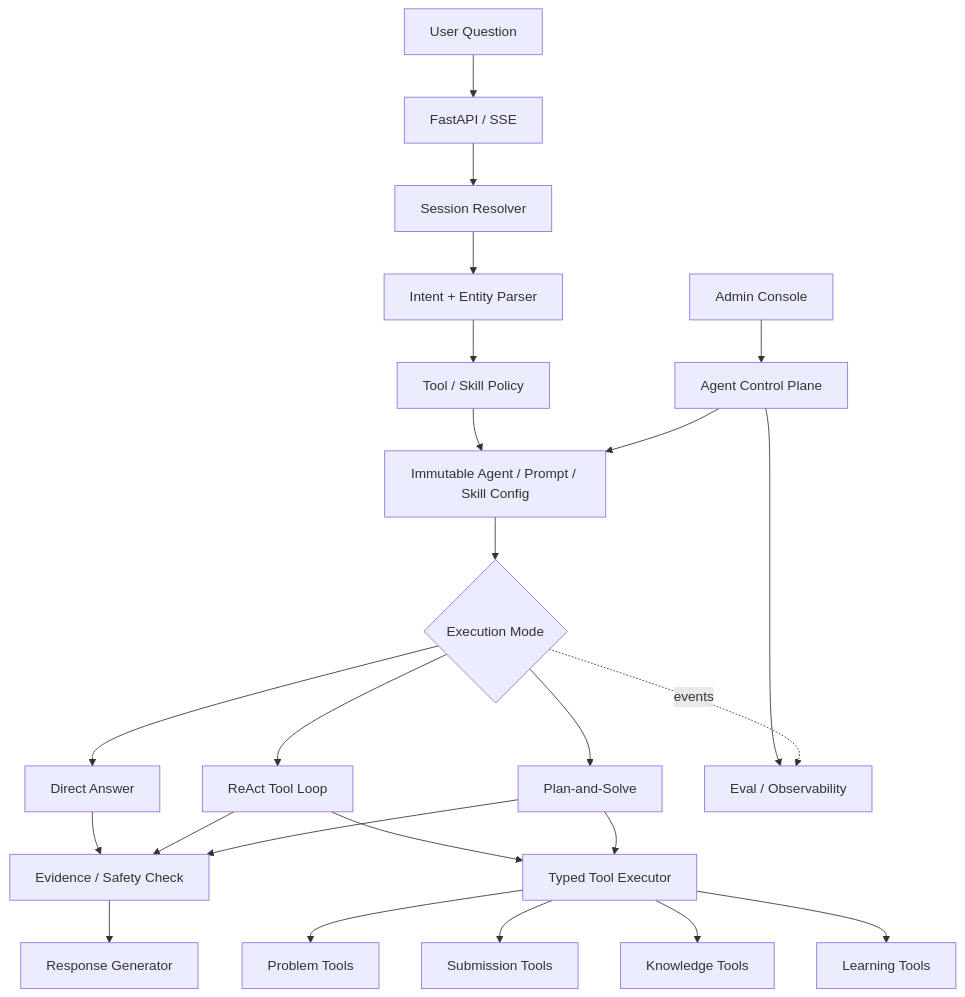
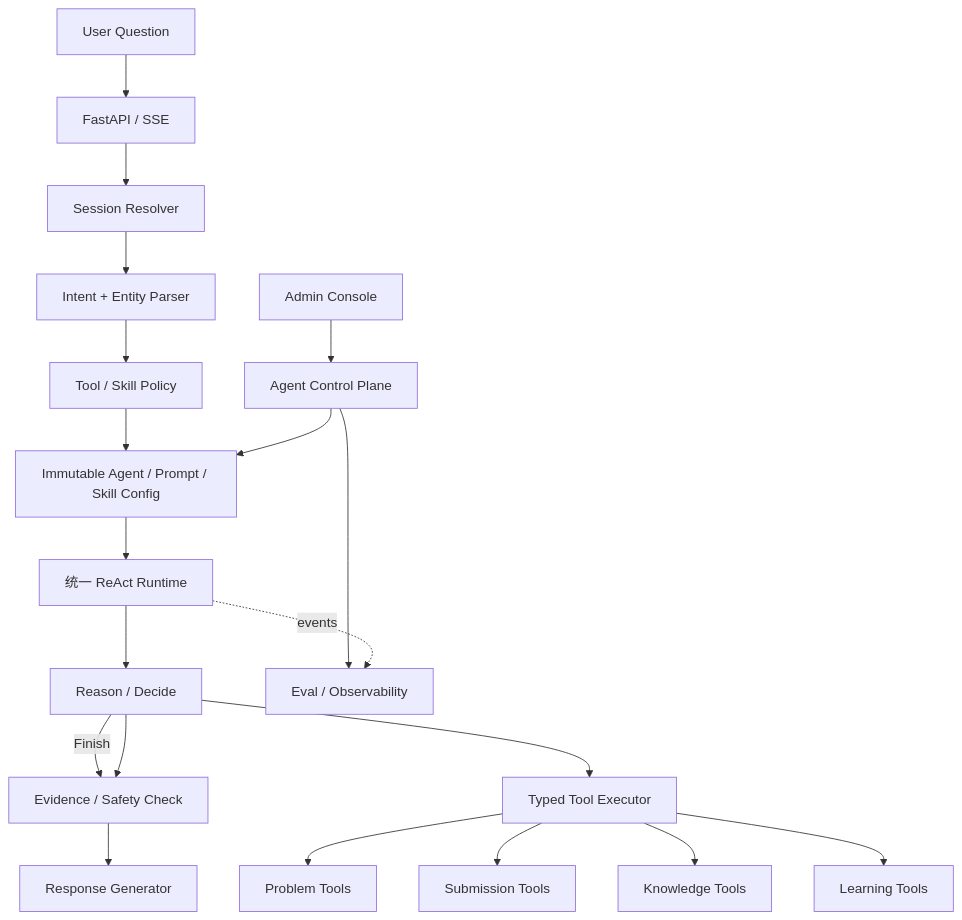
Before and after one commit to viggggil/go_oj_agent: the third of 6 diagrams in docs/architecture.md, drawn with Mermaid. The commit also changed other lines of this file and 43 other files, not shown here.

````diff
--- a/docs/architecture.md
+++ b/docs/architecture.md
@@ -549,29 +549,25 @@
 ```mermaid
 flowchart TB
     Question["User Question"] --> API["FastAPI / SSE"]
     API --> Session["Session Resolver"]
     Session --> Intent["Intent + Entity Parser"]
     Intent --> Policy["Tool / Skill Policy"]
     Policy --> Config["Immutable Agent / Prompt / Skill Config"]
-    Config --> Runtime{"Execution Mode"}
+    Config --> Runtime["统一 ReAct Runtime"]
 
-    Runtime --> Direct["Direct Answer"]
-    Runtime --> React["ReAct Tool Loop"]
-    Runtime --> Plan["Plan-and-Solve"]
+    Runtime --> React["Reason / Decide"]
+    React -->|Finish| Verify["Evidence / Safety Check"]
     React --> Executor["Typed Tool Executor"]
-    Plan --> Executor
     Executor --> Problem["Problem Tools"]
     Executor --> Submission["Submission Tools"]
     Executor --> Knowledge["Knowledge Tools"]
     Executor --> Profile["Learning Tools"]
 
-    Direct --> Verify["Evidence / Safety Check"]
     React --> Verify
-    Plan --> Verify
     Verify --> Response["Response Generator"]
 
     Admin["Admin Console"] --> Control["Agent Control Plane"]
     Control --> Config
     Control --> Eval["Eval / Observability"]
     Runtime -. events .-> Eval
 ```
````
